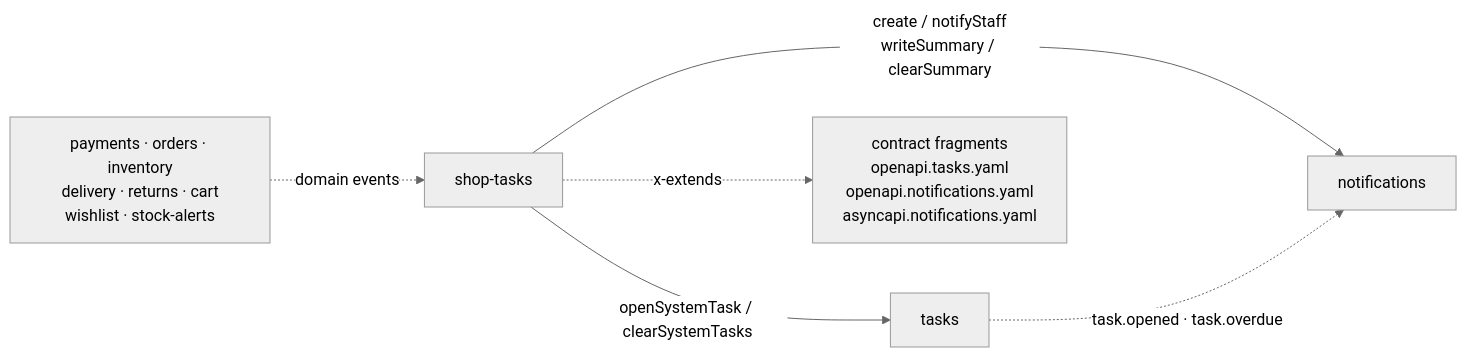
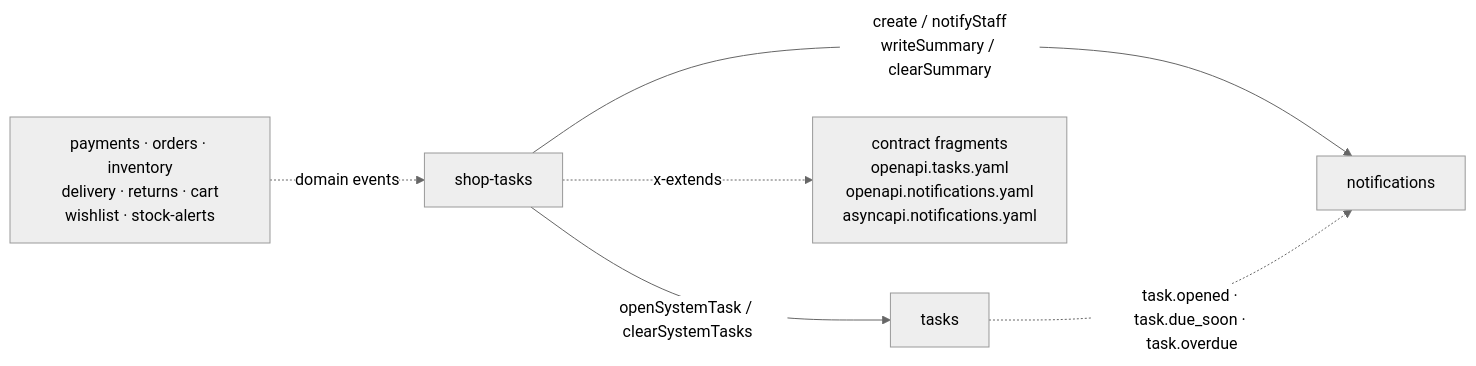
The second of 3 diagrams in docs/modules/shop-tasks.md (Guebbit/boilerplate-node-backend), drawn with Mermaid (neutral theme) before and after one commit. The commit also changed 36 other files, not shown here.

````diff
--- a/docs/modules/shop-tasks.md
+++ b/docs/modules/shop-tasks.md
@@ -84,8 +84,8 @@
 ```mermaid
 flowchart LR
     P["payments · orders · inventory<br/>delivery · returns · cart<br/>wishlist · stock-alerts"] -. "domain events" .-> S["shop-tasks"]
     S -->|"openSystemTask / clearSystemTasks"| T["tasks"]
     S -->|"create / notifyStaff<br/>writeSummary / clearSummary"| N["notifications"]
-    T -. "task.opened · task.overdue" .-> N
+    T -. "task.opened · task.due_soon · task.overdue" .-> N
     S -. "x-extends" .-> C["contract fragments<br/>openapi.tasks.yaml<br/>openapi.notifications.yaml<br/>asyncapi.notifications.yaml"]
 ```
````
